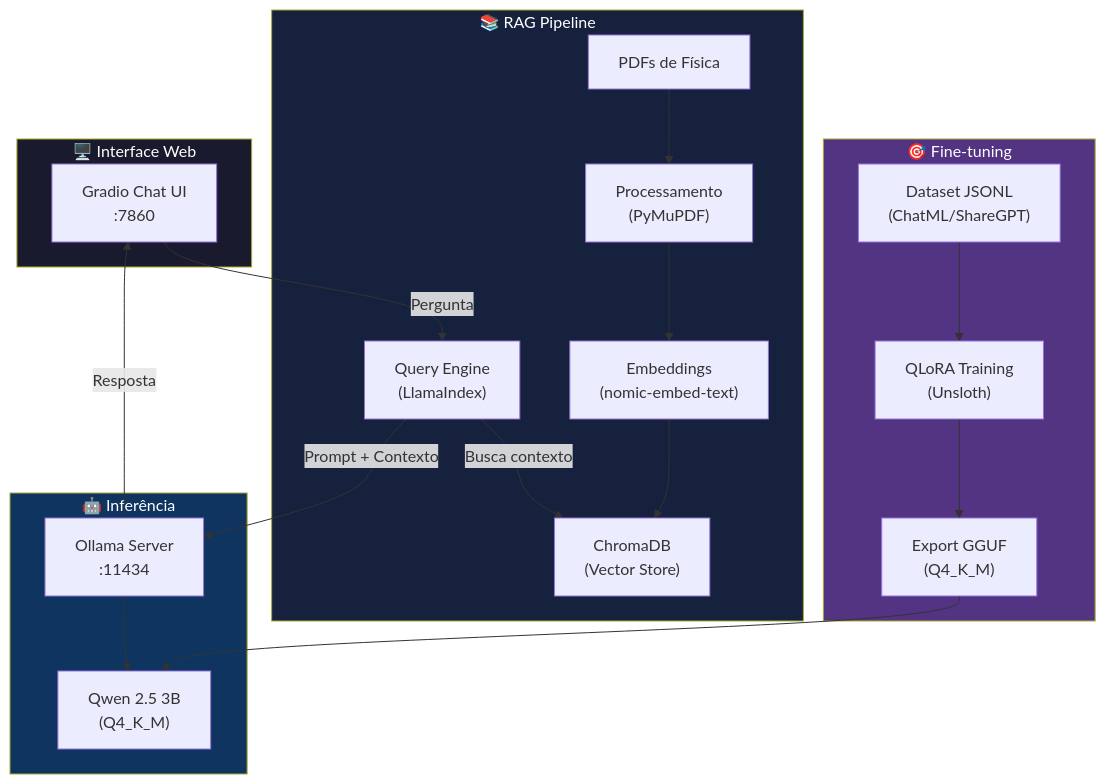
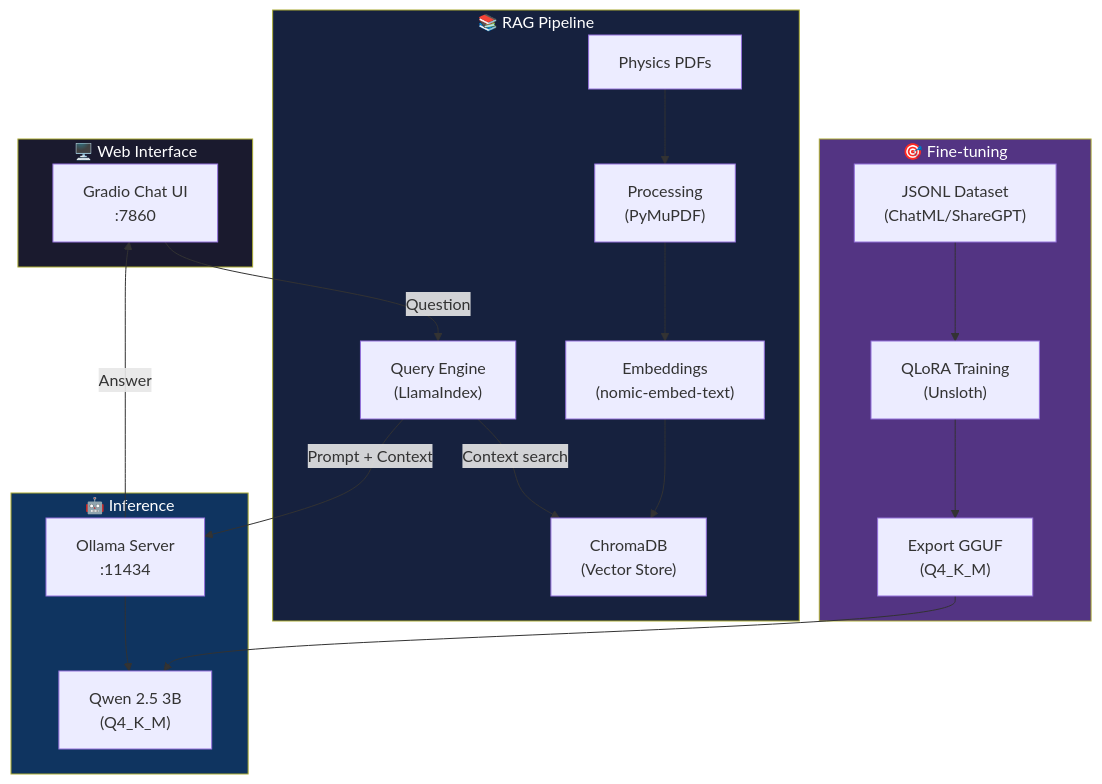
One commit to nickevangelista/physics-teacher-slm changed the diagram in README.md. Above: the diagram before and after it, drawn with Mermaid. The commit also changed other lines of this file, not shown here.

````diff
--- a/README.md
+++ b/README.md
@@ -29,40 +29,40 @@
 ```mermaid
 graph TB
-    subgraph Interface["🖥️ Interface Web"]
+    subgraph Interface["🖥️ Web Interface"]
         UI["Gradio Chat UI<br/>:7860"]
     end
 
     subgraph RAG["📚 RAG Pipeline"]
-        PDF["PDFs de Física"]
-        PROC["Processamento<br/>(PyMuPDF)"]
+        PDF["Physics PDFs"]
+        PROC["Processing<br/>(PyMuPDF)"]
         EMB["Embeddings<br/>(nomic-embed-text)"]
         CHROMA["ChromaDB<br/>(Vector Store)"]
         QE["Query Engine<br/>(LlamaIndex)"]
     end
 
-    subgraph Inference["🤖 Inferência"]
+    subgraph Inference["🤖 Inference"]
         OLLAMA["Ollama Server<br/>:11434"]
         MODEL["Qwen 2.5 3B<br/>(Q4_K_M)"]
     end
 
     subgraph Training["🎯 Fine-tuning"]
-        DATA["Dataset JSONL<br/>(ChatML/ShareGPT)"]
+        DATA["JSONL Dataset<br/>(ChatML/ShareGPT)"]
         QLORA["QLoRA Training<br/>(Unsloth)"]
         GGUF["Export GGUF<br/>(Q4_K_M)"]
     end
 
-    UI -->|"Pergunta"| QE
-    QE -->|"Busca contexto"| CHROMA
-    QE -->|"Prompt + Contexto"| OLLAMA
+    UI -->|"Question"| QE
+    QE -->|"Context search"| CHROMA
+    QE -->|"Prompt + Context"| OLLAMA
     OLLAMA --> MODEL
-    OLLAMA -->|"Resposta"| UI
+    OLLAMA -->|"Answer"| UI
 
     PDF --> PROC --> EMB --> CHROMA
 
     DATA --> QLORA --> GGUF --> MODEL
 
     style Interface fill:#1a1a2e,color:#fff
     style RAG fill:#16213e,color:#fff
     style Inference fill:#0f3460,color:#fff
     style Training fill:#533483,color:#fff
 ```
````
